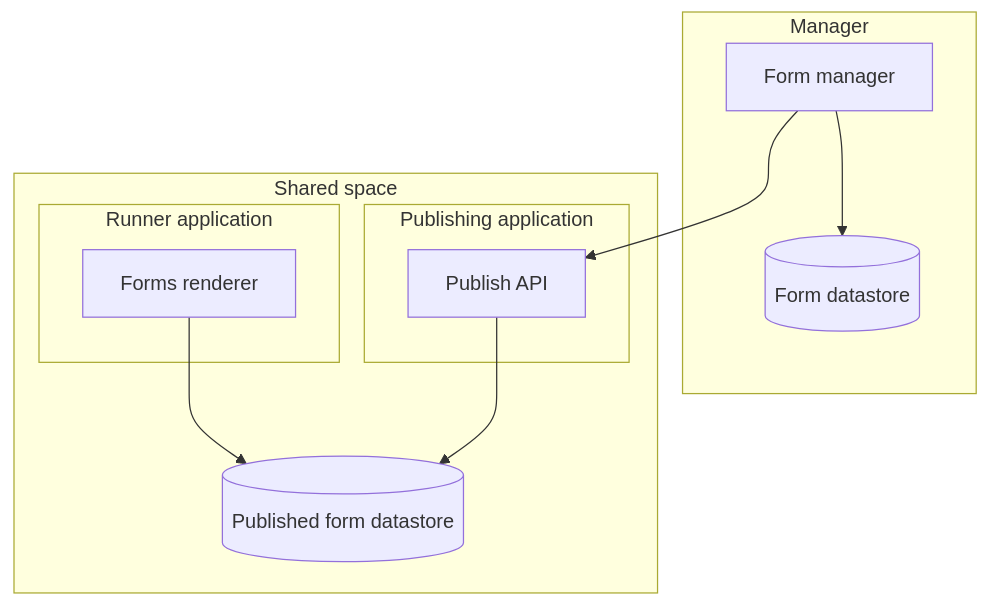
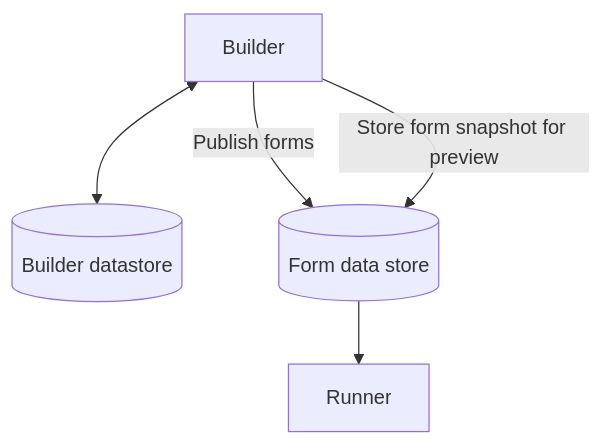
One commit to alphagov/forms changed the third of 3 diagrams in ADR/ADR004-store-form-schemas-in-an-api.md. Above: the diagram before and after it, drawn with Mermaid. The commit also changed other lines of this file, not shown here.

````diff
--- a/ADR/ADR004-store-form-schemas-in-an-api.md
+++ b/ADR/ADR004-store-form-schemas-in-an-api.md
@@ -66,23 +127,12 @@
 ```mermaid
 flowchart
-  subgraph Manager
-    managerService[Form manager]
-    managerDatastore[(Form datastore)]
-  end
+  managerService[Builder]
+  managerDatastore[(Builder datastore)]
+  formDatastore[(Form data store)]
+  formRenderer[Runner]
 
-  subgraph SharedSpace[Shared space]
-    subgraph Runner[Runner application]
-      renderer[Forms renderer]
-    end
-
-    subgraph Publisher[Publishing application]
-      api[Publish API]
-    end
-    store[(Published form datastore)]
-  end
-
-  managerService --> api
-  renderer --> store
-  managerService --> managerDatastore
-  api --> store
+  managerService <--> managerDatastore
+  managerService -- Publish forms --> formDatastore
+  managerService -- Store form snapshot for preview --> formDatastore
+  formDatastore --> formRenderer
 ```
````
